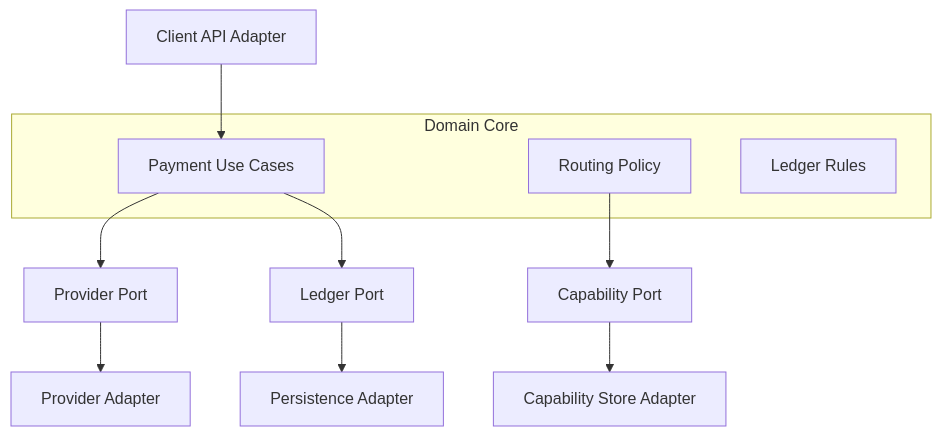
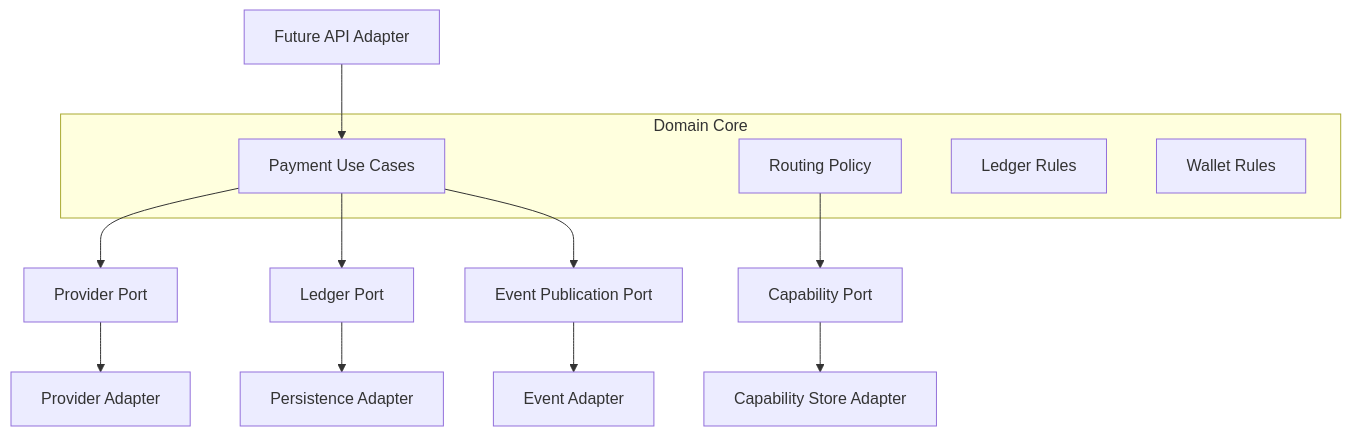
Before and after one commit to Nyadzayo/pay-orchestration: the diagram in docs/architecture/hexagonal-architecture.md, drawn with Mermaid. The commit also changed other lines of this file and 66 other files, not shown here.

````diff
--- a/docs/architecture/hexagonal-architecture.md
+++ b/docs/architecture/hexagonal-architecture.md
@@ -12,17 +18,20 @@
 ```mermaid
 flowchart TB
   subgraph Core[Domain Core]
     Payments[Payment Use Cases]
     Routing[Routing Policy]
     Ledger[Ledger Rules]
+    Wallets[Wallet Rules]
   end
 
-  API[Client API Adapter] --> Payments
+  API[Future API Adapter] --> Payments
   Payments --> ProviderPort[Provider Port]
   Payments --> LedgerPort[Ledger Port]
   Routing --> CapabilityPort[Capability Port]
+  Payments --> EventPort[Event Publication Port]
 
   ProviderPort --> ProviderAdapter[Provider Adapter]
   LedgerPort --> PersistenceAdapter[Persistence Adapter]
   CapabilityPort --> CapabilityStore[Capability Store Adapter]
+  EventPort --> EventAdapter[Event Adapter]
 ```
````
